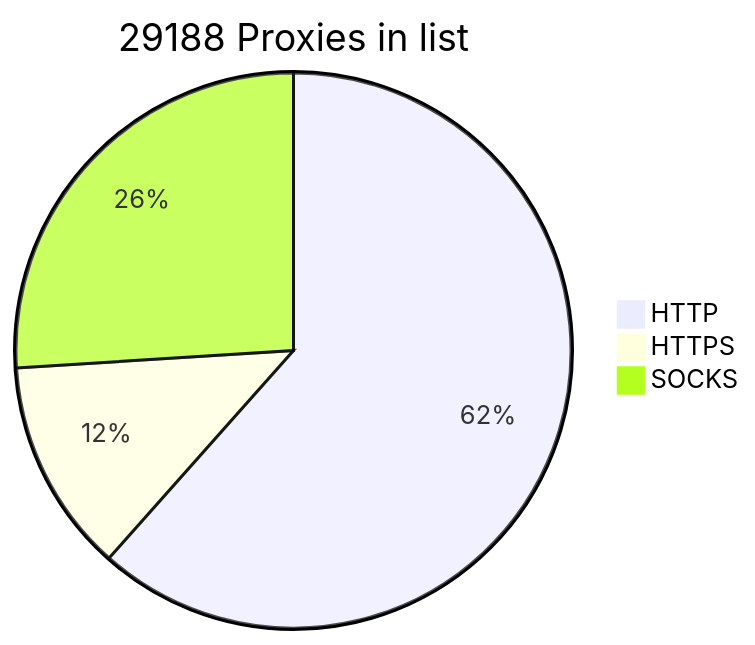
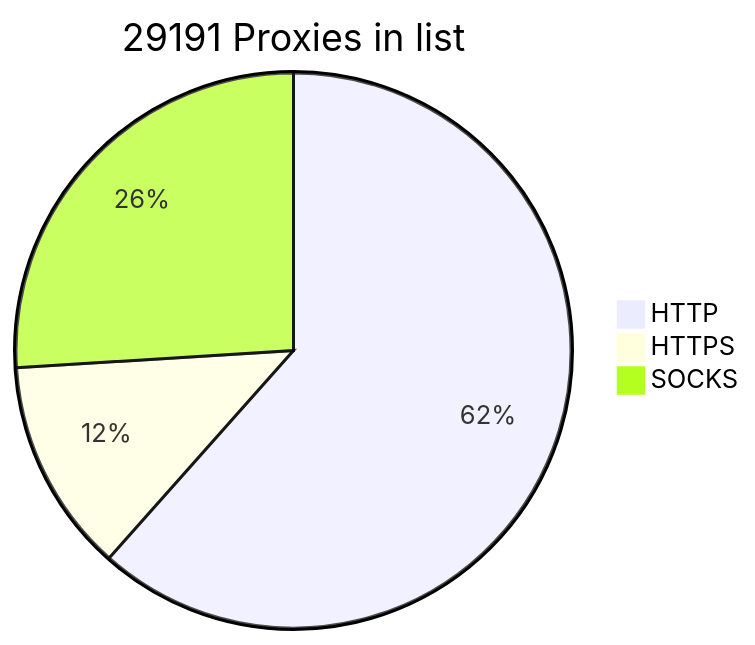
Before and after one commit to BlackSnowDot/proxylist-update-every-minute: the diagram in README.md, drawn with Mermaid.

````diff
--- a/README.md
+++ b/README.md
@@ -2,6 +2,6 @@
 ```mermaid
-pie title 29188 Proxies in list
-    "HTTP" : 19764
-    "HTTPS": 3992
+pie title 29191 Proxies in list
+    "HTTP" : 19768
+    "HTTPS": 3997
     "SOCKS" : 8346
 ```
````
